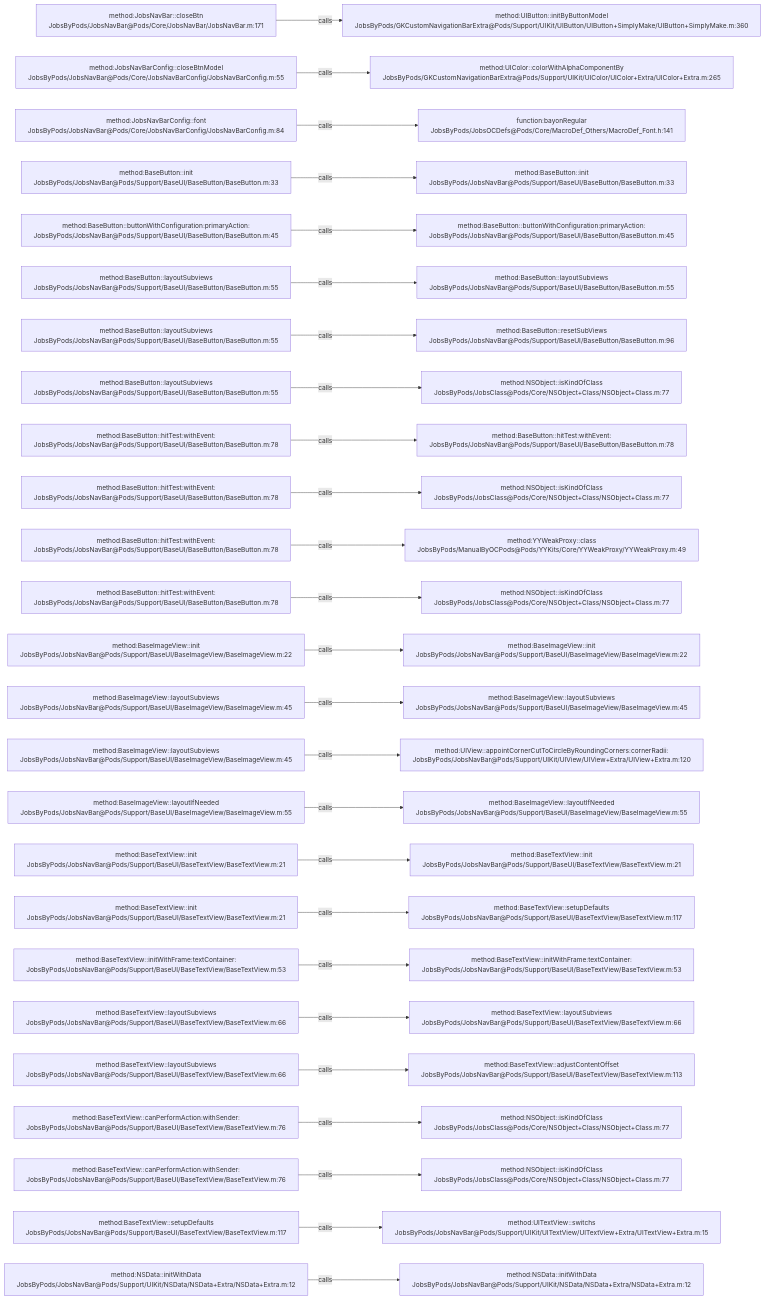
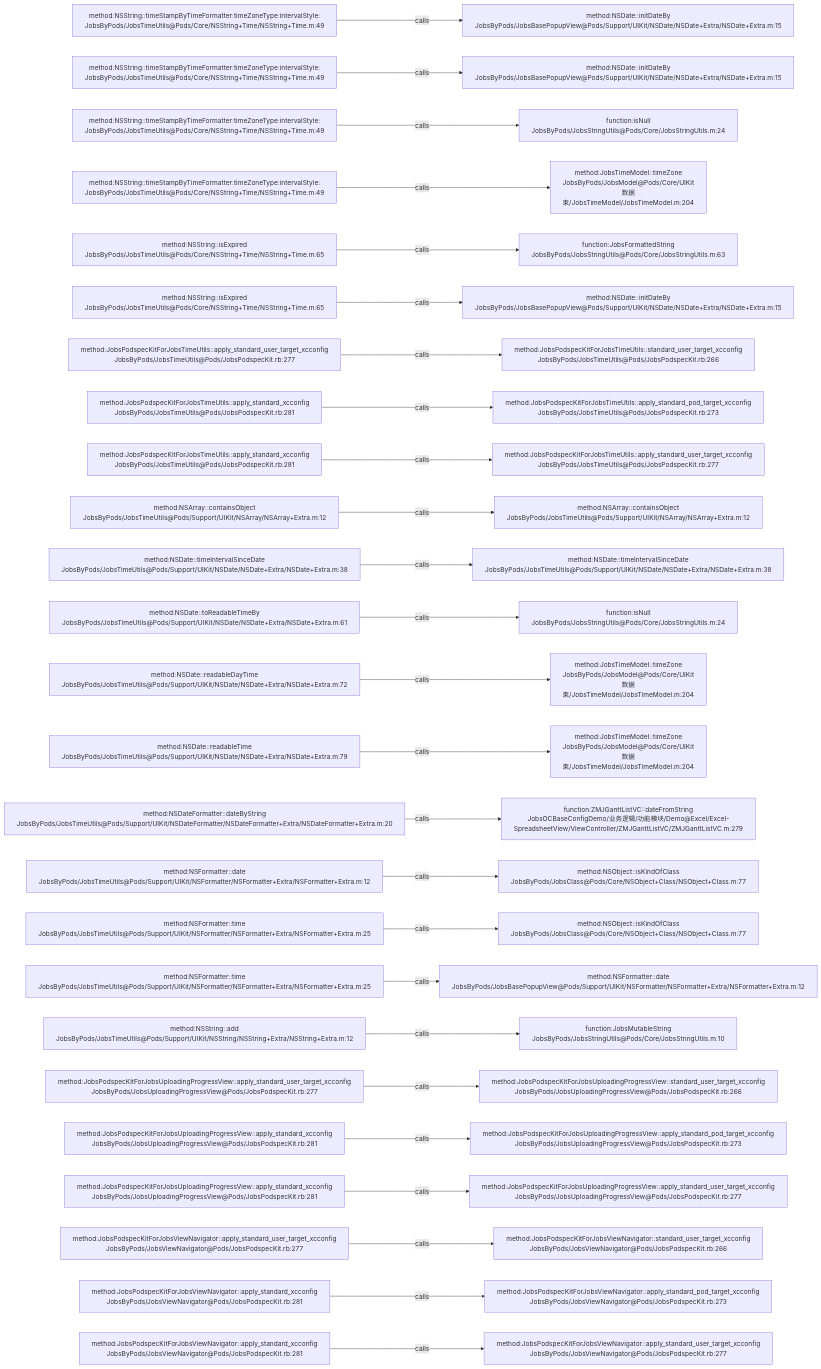
One commit to JobsKits/JobsOCBaseConfigDemo changed the diagram in .codegraph/codegraph.md/graphs/calls-111.md. Above: the diagram before and after it, drawn with Mermaid. The commit also changed 573 other files, not shown here.

````diff
--- a/.codegraph/codegraph.md/graphs/calls-111.md
+++ b/.codegraph/codegraph.md/graphs/calls-111.md
@@ -13,78 +13,78 @@
 ```mermaid
 flowchart LR
-  S1["method:JobsNavBar::closeBtn<br/>JobsByPods/JobsNavBar@Pods/Core/JobsNavBar/JobsNavBar.m:171"]
-  T1["method:UIButton::initByButtonModel<br/>JobsByPods/GKCustomNavigationBarExtra@Pods/Support/UIKit/UIButton/UIButton+SimplyMake/UIButton+SimplyMake.m:360"]
+  S1["method:NSString::timeStampByTimeFormatter:timeZoneType:intervalStyle:<br/>JobsByPods/JobsTimeUtils@Pods/Core/NSString+Time/NSString+Time.m:49"]
+  T1["method:NSDate::initDateBy<br/>JobsByPods/JobsBasePopupView@Pods/Support/UIKit/NSDate/NSDate+Extra/NSDate+Extra.m:15"]
   S1 -->|calls| T1
-  S2["method:JobsNavBarConfig::closeBtnModel<br/>JobsByPods/JobsNavBar@Pods/Core/JobsNavBarConfig/JobsNavBarConfig.m:55"]
-  T2["method:UIColor::colorWithAlphaComponentBy<br/>JobsByPods/GKCustomNavigationBarExtra@Pods/Support/UIKit/UIColor/UIColor+Extra/UIColor+Extra.m:265"]
+  S2["method:NSString::timeStampByTimeFormatter:timeZoneType:intervalStyle:<br/>JobsByPods/JobsTimeUtils@Pods/Core/NSString+Time/NSString+Time.m:49"]
+  T2["method:NSDate::initDateBy<br/>JobsByPods/JobsBasePopupView@Pods/Support/UIKit/NSDate/NSDate+Extra/NSDate+Extra.m:15"]
   S2 -->|calls| T2
-  S3["method:JobsNavBarConfig::font<br/>JobsByPods/JobsNavBar@Pods/Core/JobsNavBarConfig/JobsNavBarConfig.m:84"]
-  T3["function:bayonRegular<br/>JobsByPods/JobsOCDefs@Pods/Core/MacroDef_Others/MacroDef_Font.h:141"]
+  S3["method:NSString::timeStampByTimeFormatter:timeZoneType:intervalStyle:<br/>JobsByPods/JobsTimeUtils@Pods/Core/NSString+Time/NSString+Time.m:49"]
+  T3["function:isNull<br/>JobsByPods/JobsStringUtils@Pods/Core/JobsStringUtils.m:24"]
   S3 -->|calls| T3
-  S4["method:BaseButton::init<br/>JobsByPods/JobsNavBar@Pods/Support/BaseUI/BaseButton/BaseButton.m:33"]
-  T4["method:BaseButton::init<br/>JobsByPods/JobsNavBar@Pods/Support/BaseUI/BaseButton/BaseButton.m:33"]
+  S4["method:NSString::timeStampByTimeFormatter:timeZoneType:intervalStyle:<br/>JobsByPods/JobsTimeUtils@Pods/Core/NSString+Time/NSString+Time.m:49"]
+  T4["method:JobsTimeModel::timeZone<br/>JobsByPods/JobsModel@Pods/Core/UIKit数据束/JobsTimeModel/JobsTimeModel.m:204"]
   S4 -->|calls| T4
-  S5["method:BaseButton::buttonWithConfiguration:primaryAction:<br/>JobsByPods/JobsNavBar@Pods/Support/BaseUI/BaseButton/BaseButton.m:45"]
-  T5["method:BaseButton::buttonWithConfiguration:primaryAction:<br/>JobsByPods/JobsNavBar@Pods/Support/BaseUI/BaseButton/BaseButton.m:45"]
+  S5["method:NSString::isExpired<br/>JobsByPods/JobsTimeUtils@Pods/Core/NSString+Time/NSString+Time.m:65"]
+  T5["function:JobsFormattedString<br/>JobsByPods/JobsStringUtils@Pods/Core/JobsStringUtils.m:63"]
   S5 -->|calls| T5
-  S6["method:BaseButton::layoutSubviews<br/>JobsByPods/JobsNavBar@Pods/Support/BaseUI/BaseButton/BaseButton.m:55"]
-  T6["method:BaseButton::layoutSubviews<br/>JobsByPods/JobsNavBar@Pods/Support/BaseUI/BaseButton/BaseButton.m:55"]
+  S6["method:NSString::isExpired<br/>JobsByPods/JobsTimeUtils@Pods/Core/NSString+Time/NSString+Time.m:65"]
+  T6["method:NSDate::initDateBy<br/>JobsByPods/JobsBasePopupView@Pods/Support/UIKit/NSDate/NSDate+Extra/NSDate+Extra.m:15"]
   S6 -->|calls| T6
-  S7["method:BaseButton::layoutSubviews<br/>JobsByPods/JobsNavBar@Pods/Support/BaseUI/BaseButton/BaseButton.m:55"]
-  T7["method:BaseButton::resetSubViews<br/>JobsByPods/JobsNavBar@Pods/Support/BaseUI/BaseButton/BaseButton.m:96"]
+  S7["method:JobsPodspecKitForJobsTimeUtils::apply_standard_user_target_xcconfig<br/>JobsByPods/JobsTimeUtils@Pods/JobsPodspecKit.rb:277"]
+  T7["method:JobsPodspecKitForJobsTimeUtils::standard_user_target_xcconfig<br/>JobsByPods/JobsTimeUtils@Pods/JobsPodspecKit.rb:266"]
   S7 -->|calls| T7
-  S8["method:BaseButton::layoutSubviews<br/>JobsByPods/JobsNavBar@Pods/Support/BaseUI/BaseButton/BaseButton.m:55"]
-  T8["method:NSObject::isKindOfClass<br/>JobsByPods/JobsClass@Pods/Core/NSObject+Class/NSObject+Class.m:77"]
+  S8["method:JobsPodspecKitForJobsTimeUtils::apply_standard_xcconfig<br/>JobsByPods/JobsTimeUtils@Pods/JobsPodspecKit.rb:281"]
+  T8["method:JobsPodspecKitForJobsTimeUtils::apply_standard_pod_target_xcconfig<br/>JobsByPods/JobsTimeUtils@Pods/JobsPodspecKit.rb:273"]
   S8 -->|calls| T8
-  S9["method:BaseButton::hitTest:withEvent:<br/>JobsByPods/JobsNavBar@Pods/Support/BaseUI/BaseButton/BaseButton.m:78"]
-  T9["method:BaseButton::hitTest:withEvent:<br/>JobsByPods/JobsNavBar@Pods/Support/BaseUI/BaseButton/BaseButton.m:78"]
+  S9["method:JobsPodspecKitForJobsTimeUtils::apply_standard_xcconfig<br/>JobsByPods/JobsTimeUtils@Pods/JobsPodspecKit.rb:281"]
+  T9["method:JobsPodspecKitForJobsTimeUtils::apply_standard_user_target_xcconfig<br/>JobsByPods/JobsTimeUtils@Pods/JobsPodspecKit.rb:277"]
   S9 -->|calls| T9
-  S10["method:BaseButton::hitTest:withEvent:<br/>JobsByPods/JobsNavBar@Pods/Support/BaseUI/BaseButton/BaseButton.m:78"]
-  T10["method:NSObject::isKindOfClass<br/>JobsByPods/JobsClass@Pods/Core/NSObject+Class/NSObject+Class.m:77"]
+  S10["method:NSArray::containsObject<br/>JobsByPods/JobsTimeUtils@Pods/Support/UIKit/NSArray/NSArray+Extra.m:12"]
+  T10["method:NSArray::containsObject<br/>JobsByPods/JobsTimeUtils@Pods/Support/UIKit/NSArray/NSArray+Extra.m:12"]
   S10 -->|calls| T10
-  S11["method:BaseButton::hitTest:withEvent:<br/>JobsByPods/JobsNavBar@Pods/Support/BaseUI/BaseButton/BaseButton.m:78"]
-  T11["method:YYWeakProxy::class<br/>JobsByPods/ManualByOCPods@Pods/YYKits/Core/YYWeakProxy/YYWeakProxy.m:49"]
+  S11["method:NSDate::timeIntervalSinceDate<br/>JobsByPods/JobsTimeUtils@Pods/Support/UIKit/NSDate/NSDate+Extra/NSDate+Extra.m:38"]
+  T11["method:NSDate::timeIntervalSinceDate<br/>JobsByPods/JobsTimeUtils@Pods/Support/UIKit/NSDate/NSDate+Extra/NSDate+Extra.m:38"]
   S11 -->|calls| T11
-  S12["method:BaseButton::hitTest:withEvent:<br/>JobsByPods/JobsNavBar@Pods/Support/BaseUI/BaseButton/BaseButton.m:78"]
-  T12["method:NSObject::isKindOfClass<br/>JobsByPods/JobsClass@Pods/Core/NSObject+Class/NSObject+Class.m:77"]
+  S12["method:NSDate::toReadableTimeBy<br/>JobsByPods/JobsTimeUtils@Pods/Support/UIKit/NSDate/NSDate+Extra/NSDate+Extra.m:61"]
+  T12["function:isNull<br/>JobsByPods/JobsStringUtils@Pods/Core/JobsStringUtils.m:24"]
   S12 -->|calls| T12
-  S13["method:BaseImageView::init<br/>JobsByPods/JobsNavBar@Pods/Support/BaseUI/BaseImageView/BaseImageView.m:22"]
-  T13["method:BaseImageView::init<br/>JobsByPods/JobsNavBar@Pods/Support/BaseUI/BaseImageView/BaseImageView.m:22"]
+  S13["method:NSDate::readableDayTime<br/>JobsByPods/JobsTimeUtils@Pods/Support/UIKit/NSDate/NSDate+Extra/NSDate+Extra.m:72"]
+  T13["method:JobsTimeModel::timeZone<br/>JobsByPods/JobsModel@Pods/Core/UIKit数据束/JobsTimeModel/JobsTimeModel.m:204"]
   S13 -->|calls| T13
-  S14["method:BaseImageView::layoutSubviews<br/>JobsByPods/JobsNavBar@Pods/Support/BaseUI/BaseImageView/BaseImageView.m:45"]
-  T14["method:BaseImageView::layoutSubviews<br/>JobsByPods/JobsNavBar@Pods/Support/BaseUI/BaseImageView/BaseImageView.m:45"]
+  S14["method:NSDate::readableTime<br/>JobsByPods/JobsTimeUtils@Pods/Support/UIKit/NSDate/NSDate+Extra/NSDate+Extra.m:79"]
+  T14["method:JobsTimeModel::timeZone<br/>JobsByPods/JobsModel@Pods/Core/UIKit数据束/JobsTimeModel/JobsTimeModel.m:204"]
   S14 -->|calls| T14
-  S15["method:BaseImageView::layoutSubviews<br/>JobsByPods/JobsNavBar@Pods/Support/BaseUI/BaseImageView/BaseImageView.m:45"]
-  T15["method:UIView::appointCornerCutToCircleByRoundingCorners:cornerRadii:<br/>JobsByPods/JobsNavBar@Pods/Support/UIKit/UIView/UIView+Extra/UIView+Extra.m:120"]
+  S15["method:NSDateFormatter::dateByString<br/>JobsByPods/JobsTimeUtils@Pods/Support/UIKit/NSDateFormatter/NSDateFormatter+Extra/NSDateFormatter+Extra.m:20"]
+  T15["function:ZMJGanttListVC::dateFromString<br/>JobsOCBaseConfigDemo/业务逻辑/功能模块/Demo@Excel/Excel-SpreadsheetView/ViewController/ZMJGanttListVC/ZMJGanttListVC.m:279"]
   S15 -->|calls| T15
-  S16["method:BaseImageView::layoutIfNeeded<br/>JobsByPods/JobsNavBar@Pods/Support/BaseUI/BaseImageView/BaseImageView.m:55"]
-  T16["method:BaseImageView::layoutIfNeeded<br/>JobsByPods/JobsNavBar@Pods/Support/BaseUI/BaseImageView/BaseImageView.m:55"]
+  S16["method:NSFormatter::date<br/>JobsByPods/JobsTimeUtils@Pods/Support/UIKit/NSFormatter/NSFormatter+Extra/NSFormatter+Extra.m:12"]
+  T16["method:NSObject::isKindOfClass<br/>JobsByPods/JobsClass@Pods/Core/NSObject+Class/NSObject+Class.m:77"]
   S16 -->|calls| T16
-  S17["method:BaseTextView::init<br/>JobsByPods/JobsNavBar@Pods/Support/BaseUI/BaseTextView/BaseTextView.m:21"]
-  T17["method:BaseTextView::init<br/>JobsByPods/JobsNavBar@Pods/Support/BaseUI/BaseTextView/BaseTextView.m:21"]
+  S17["method:NSFormatter::time<br/>JobsByPods/JobsTimeUtils@Pods/Support/UIKit/NSFormatter/NSFormatter+Extra/NSFormatter+Extra.m:25"]
+  T17["method:NSObject::isKindOfClass<br/>JobsByPods/JobsClass@Pods/Core/NSObject+Class/NSObject+Class.m:77"]
   S17 -->|calls| T17
-  S18["method:BaseTextView::init<br/>JobsByPods/JobsNavBar@Pods/Support/BaseUI/BaseTextView/BaseTextView.m:21"]
-  T18["method:BaseTextView::setupDefaults<br/>JobsByPods/JobsNavBar@Pods/Support/BaseUI/BaseTextView/BaseTextView.m:117"]
+  S18["method:NSFormatter::time<br/>JobsByPods/JobsTimeUtils@Pods/Support/UIKit/NSFormatter/NSFormatter+Extra/NSFormatter+Extra.m:25"]
+  T18["method:NSFormatter::date<br/>JobsByPods/JobsBasePopupView@Pods/Support/UIKit/NSFormatter/NSFormatter+Extra/NSFormatter+Extra.m:12"]
   S18 -->|calls| T18
-  S19["method:BaseTextView::initWithFrame:textContainer:<br/>JobsByPods/JobsNavBar@Pods/Support/BaseUI/BaseTextView/BaseTextView.m:53"]
-  T19["method:BaseTextView::initWithFrame:textContainer:<br/>JobsByPods/JobsNavBar@Pods/Support/BaseUI/BaseTextView/BaseTextView.m:53"]
+  S19["method:NSString::add<br/>JobsByPods/JobsTimeUtils@Pods/Support/UIKit/NSString/NSString+Extra/NSString+Extra.m:12"]
+  T19["function:JobsMutableString<br/>JobsByPods/JobsStringUtils@Pods/Core/JobsStringUtils.m:10"]
   S19 -->|calls| T19
-  S20["method:BaseTextView::layoutSubviews<br/>JobsByPods/JobsNavBar@Pods/Support/BaseUI/BaseTextView/BaseTextView.m:66"]
-  T20["method:BaseTextView::layoutSubviews<br/>JobsByPods/JobsNavBar@Pods/Support/BaseUI/BaseTextView/BaseTextView.m:66"]
+  S20["method:JobsPodspecKitForJobsUploadingProgressView::apply_standard_user_target_xcconfig<br/>JobsByPods/JobsUploadingProgressView@Pods/JobsPodspecKit.rb:277"]
+  T20["method:JobsPodspecKitForJobsUploadingProgressView::standard_user_target_xcconfig<br/>JobsByPods/JobsUploadingProgressView@Pods/JobsPodspecKit.rb:266"]
   S20 -->|calls| T20
-  S21["method:BaseTextView::layoutSubviews<br/>JobsByPods/JobsNavBar@Pods/Support/BaseUI/BaseTextView/BaseTextView.m:66"]
-  T21["method:BaseTextView::adjustContentOffset<br/>JobsByPods/JobsNavBar@Pods/Support/BaseUI/BaseTextView/BaseTextView.m:113"]
+  S21["method:JobsPodspecKitForJobsUploadingProgressView::apply_standard_xcconfig<br/>JobsByPods/JobsUploadingProgressView@Pods/JobsPodspecKit.rb:281"]
+  T21["method:JobsPodspecKitForJobsUploadingProgressView::apply_standard_pod_target_xcconfig<br/>JobsByPods/JobsUploadingProgressView@Pods/JobsPodspecKit.rb:273"]
   S21 -->|calls| T21
-  S22["method:BaseTextView::canPerformAction:withSender:<br/>JobsByPods/JobsNavBar@Pods/Support/BaseUI/BaseTextView/BaseTextView.m:76"]
-  T22["method:NSObject::isKindOfClass<br/>JobsByPods/JobsClass@Pods/Core/NSObject+Class/NSObject+Class.m:77"]
+  S22["method:JobsPodspecKitForJobsUploadingProgressView::apply_standard_xcconfig<br/>JobsByPods/JobsUploadingProgressView@Pods/JobsPodspecKit.rb:281"]
+  T22["method:JobsPodspecKitForJobsUploadingProgressView::apply_standard_user_target_xcconfig<br/>JobsByPods/JobsUploadingProgressView@Pods/JobsPodspecKit.rb:277"]
   S22 -->|calls| T22
-  S23["method:BaseTextView::canPerformAction:withSender:<br/>JobsByPods/JobsNavBar@Pods/Support/BaseUI/BaseTextView/BaseTextView.m:76"]
-  T23["method:NSObject::isKindOfClass<br/>JobsByPods/JobsClass@Pods/Core/NSObject+Class/NSObject+Class.m:77"]
+  S23["method:JobsPodspecKitForJobsViewNavigator::apply_standard_user_target_xcconfig<br/>JobsByPods/JobsViewNavigator@Pods/JobsPodspecKit.rb:277"]
+  T23["method:JobsPodspecKitForJobsViewNavigator::standard_user_target_xcconfig<br/>JobsByPods/JobsViewNavigator@Pods/JobsPodspecKit.rb:266"]
   S23 -->|calls| T23
-  S24["method:BaseTextView::setupDefaults<br/>JobsByPods/JobsNavBar@Pods/Support/BaseUI/BaseTextView/BaseTextView.m:117"]
-  T24["method:UITextView::switchs<br/>JobsByPods/JobsNavBar@Pods/Support/UIKit/UITextView/UITextView+Extra/UITextView+Extra.m:15"]
+  S24["method:JobsPodspecKitForJobsViewNavigator::apply_standard_xcconfig<br/>JobsByPods/JobsViewNavigator@Pods/JobsPodspecKit.rb:281"]
+  T24["method:JobsPodspecKitForJobsViewNavigator::apply_standard_pod_target_xcconfig<br/>JobsByPods/JobsViewNavigator@Pods/JobsPodspecKit.rb:273"]
   S24 -->|calls| T24
-  S25["method:NSData::initWithData<br/>JobsByPods/JobsNavBar@Pods/Support/UIKit/NSData/NSData+Extra/NSData+Extra.m:12"]
-  T25["method:NSData::initWithData<br/>JobsByPods/JobsNavBar@Pods/Support/UIKit/NSData/NSData+Extra/NSData+Extra.m:12"]
+  S25["method:JobsPodspecKitForJobsViewNavigator::apply_standard_xcconfig<br/>JobsByPods/JobsViewNavigator@Pods/JobsPodspecKit.rb:281"]
+  T25["method:JobsPodspecKitForJobsViewNavigator::apply_standard_user_target_xcconfig<br/>JobsByPods/JobsViewNavigator@Pods/JobsPodspecKit.rb:277"]
   S25 -->|calls| T25
 ```
````
